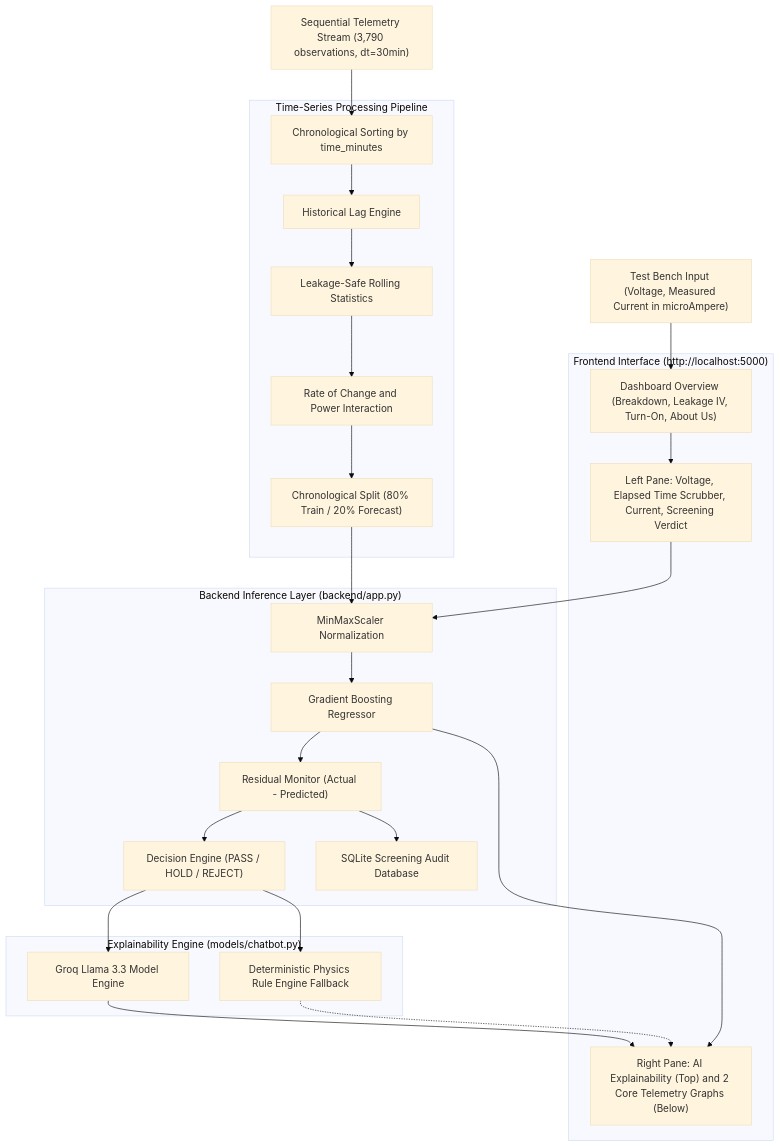
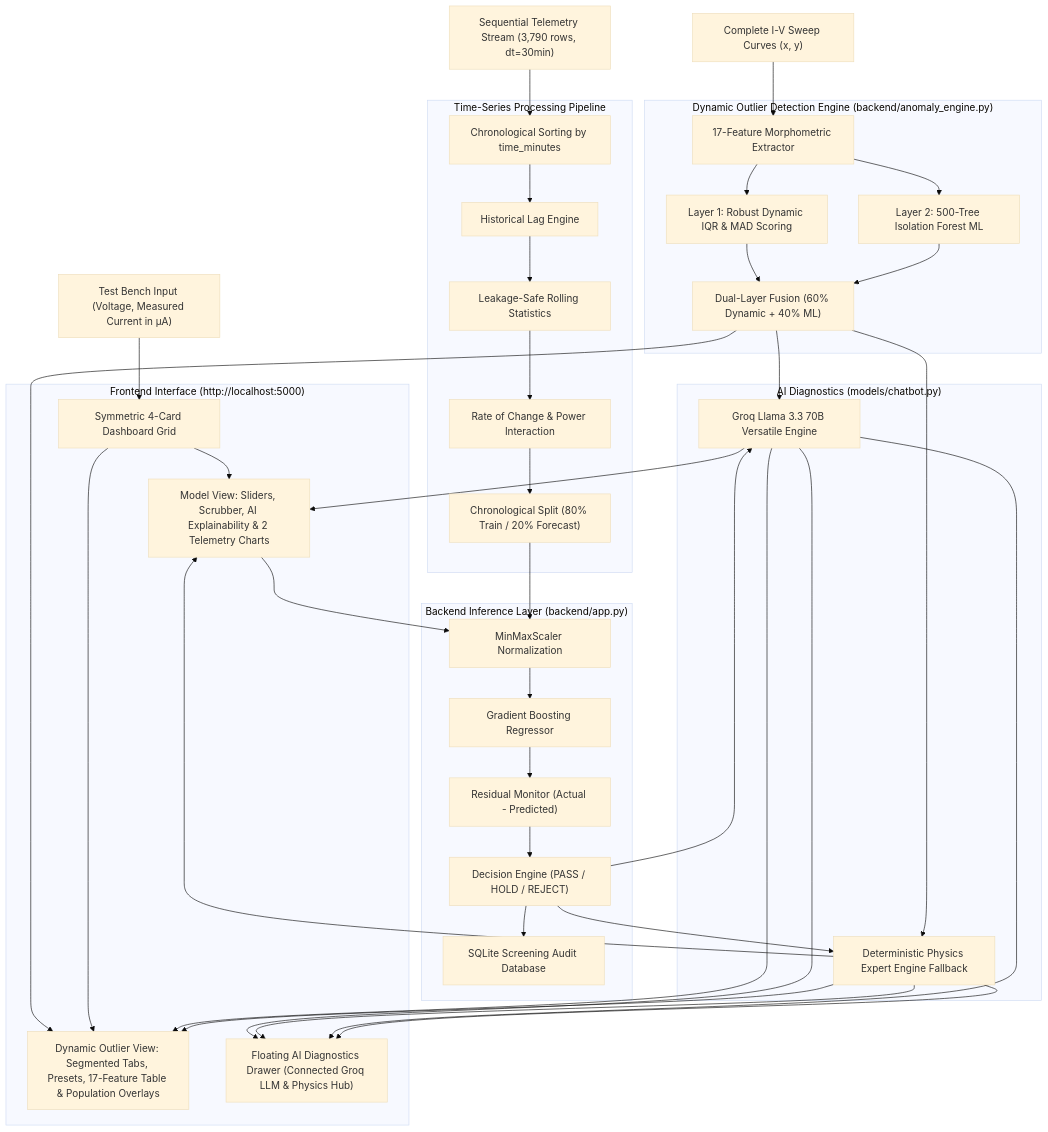
The diagram in README.md (samarthhhb/drishti_sih2026), drawn with Mermaid (base theme) before and after one commit. The commit also changed other lines of this file and 7 other files, not shown here.

````diff
--- a/README.md
+++ b/README.md
@@ -57,40 +60,49 @@
 ```mermaid
 flowchart TD
-    SensorStream["Sequential Telemetry Stream (3,790 observations, dt=30min)"]
-    User["Test Bench Input (Voltage, Measured Current in microAmpere)"]
+    SweepData["Complete I-V Sweep Curves (x, y)"]
+    SensorStream["Sequential Telemetry Stream (3,790 rows, dt=30min)"]
+    User["Test Bench Input (Voltage, Measured Current in μA)"]
+
+    subgraph DynamicOutlierEngine ["Dynamic Outlier Detection Engine (backend/anomaly_engine.py)"]
+        FeatureExtractor["17-Feature Morphometric Extractor"]
+        DynamicIQR["Layer 1: Robust Dynamic IQR & MAD Scoring"]
+        IsoForest["Layer 2: 500-Tree Isolation Forest ML"]
+        FusionScore["Dual-Layer Fusion (60% Dynamic + 40% ML)"]
+    end
 
     subgraph TimeSeriesPipeline ["Time-Series Processing Pipeline"]
         ChronoSort["Chronological Sorting by time_minutes"]
         LagEngine["Historical Lag Engine"]
         RollEngine["Leakage-Safe Rolling Statistics"]
-        DeltaEngine["Rate of Change and Power Interaction"]
+        DeltaEngine["Rate of Change & Power Interaction"]
         ChronoSplit["Chronological Split (80% Train / 20% Forecast)"]
     end
 
     subgraph InferenceBackend ["Backend Inference Layer (backend/app.py)"]
         Scaler["MinMaxScaler Normalization"]
         GBRModel["Gradient Boosting Regressor"]
         ResidualMonitor["Residual Monitor (Actual - Predicted)"]
         RiskClassifier["Decision Engine (PASS / HOLD / REJECT)"]
         DB["SQLite Screening Audit Database"]
     end
 
     subgraph Frontend ["Frontend Interface (http://localhost:5000)"]
-        Landing["Dashboard Overview (Breakdown, Leakage IV, Turn-On, About Us)"]
-        LeftPane["Left Pane: Voltage, Elapsed Time Scrubber, Current, Screening Verdict"]
-        RightPane["Right Pane: AI Explainability (Top) and 2 Core Telemetry Graphs (Below)"]
+        Landing["Symmetric 4-Card Dashboard Grid"]
+        ModelView["Model View: Sliders, Scrubber, AI Explainability & 2 Telemetry Charts"]
+        OutlierView["Dynamic Outlier View: Segmented Tabs, Presets, 17-Feature Table & Population Overlays"]
+        AIDrawer["Floating AI Diagnostics Drawer (Connected Groq LLM & Physics Hub)"]
     end
 
-    subgraph AI ["Explainability Engine (models/chatbot.py)"]
-        Groq["Groq Llama 3.3 Model Engine"]
-        Fallback["Deterministic Physics Rule Engine Fallback"]
+    subgraph AI ["AI Diagnostics (models/chatbot.py)"]
+        Groq["Groq Llama 3.3 70B Versatile Engine"]
+        Fallback["Deterministic Physics Expert Engine Fallback"]
     end
 
+    SweepData --> FeatureExtractor --> DynamicIQR & IsoForest --> FusionScore --> OutlierView
     SensorStream --> ChronoSort --> LagEngine --> RollEngine --> DeltaEngine --> ChronoSplit --> Scaler
-    User --> Landing --> LeftPane
-    LeftPane --> Scaler --> GBRModel --> ResidualMonitor --> RiskClassifier
-    ResidualMonitor --> DB
-    RiskClassifier --> Groq --> RightPane
-    RiskClassifier --> Fallback -.-> RightPane
-    GBRModel --> RightPane
+    User --> Landing --> ModelView & OutlierView
+    ModelView --> Scaler --> GBRModel --> ResidualMonitor --> RiskClassifier
+    RiskClassifier --> DB
+    RiskClassifier --> Groq & Fallback --> ModelView & AIDrawer
+    FusionScore --> Groq & Fallback --> OutlierView & AIDrawer
 ```
````
